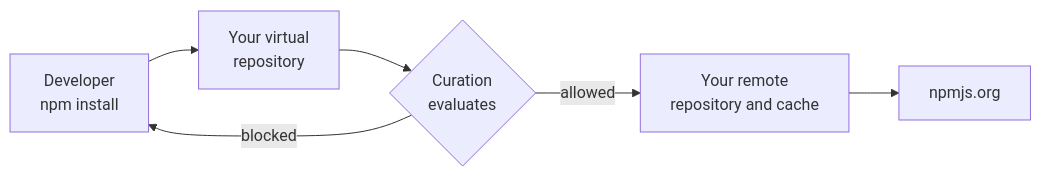
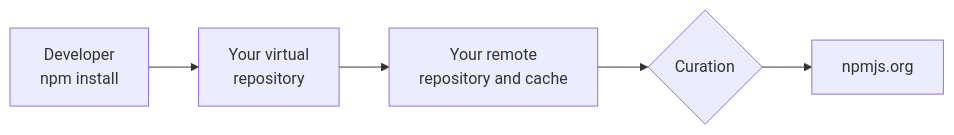
Before and after one commit to MarkWme/jfrog-foundations: the diagram in labs/02-curation/README.md, drawn with Mermaid. The commit also changed other lines of this file and 11 other files, not shown here.

````diff
--- a/labs/02-curation/README.md
+++ b/labs/02-curation/README.md
@@ -38,14 +24,13 @@
 ```mermaid
 graph LR
     Dev["Developer<br/>npm install"]
     Virtual["Your virtual<br/>repository"]
-    Curation{"Curation<br/>evaluates"}
+    Curation{"Curation"}
     Remote["Your remote<br/>repository and cache"]
     Registry["npmjs.org"]
 
     Dev --> Virtual
-    Virtual --> Curation
-    Curation -->|"allowed"| Remote
-    Curation -->|"blocked"| Dev
-    Remote --> Registry
+    Virtual --> Remote
+    Remote --> Curation
+    Curation --> Registry
 ```
````
